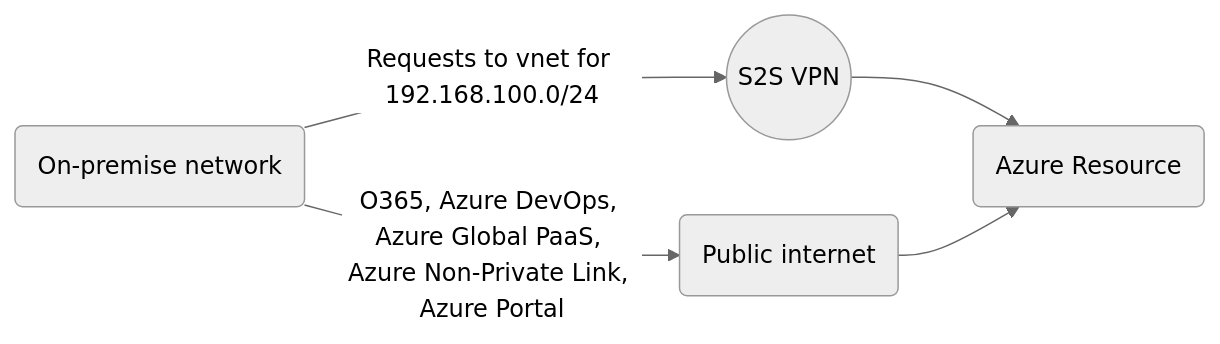
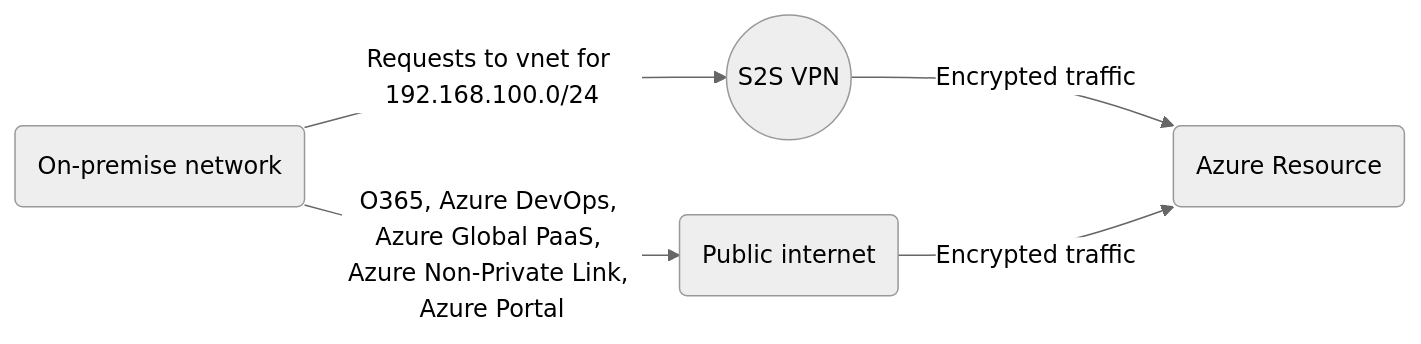
One commit to bigtoga/Examples changed the first of 4 diagrams in Cloud - Azure/Azure Virtual Networks/ExpressRoute and S2S VPN.md. Above: the diagram before and after it, drawn with Mermaid (neutral theme).

Commit message:
Update ExpressRoute and S2S VPN.md

````diff
--- a/Cloud - Azure/Azure Virtual Networks/ExpressRoute and S2S VPN.md
+++ b/Cloud - Azure/Azure Virtual Networks/ExpressRoute and S2S VPN.md
@@ -64,7 +64,7 @@
 ```mermaid
 graph LR
     A(On-premise network) -- Requests to vnet for 192.168.100.0/24 --> B((S2S VPN))
-    B --> C(Azure Resource)
+    B -- Encrypted traffic --> C(Azure Resource)
     A -- O365, Azure DevOps, Azure Global PaaS, Azure Non-Private Link, Azure Portal --> E(Public internet)
-    E --> C
+    E -- Encrypted traffic --> C
 ```    
````
